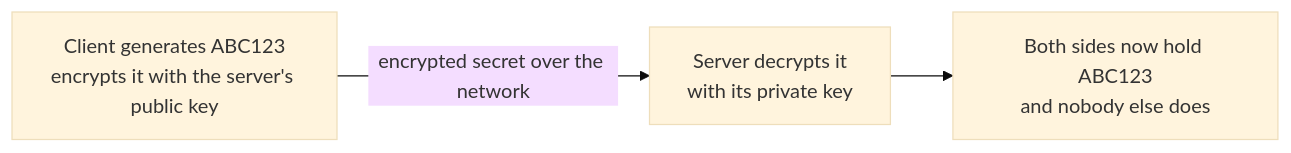
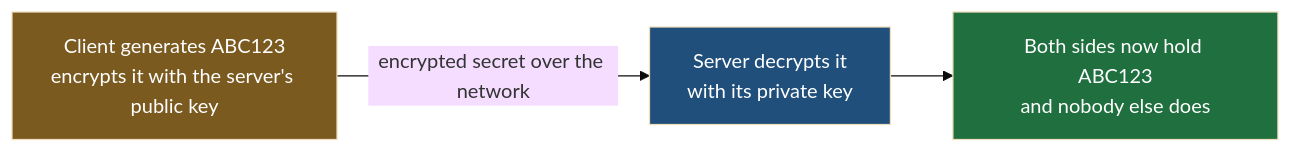
The second of 3 diagrams in Devops/04-Networking/11-The-TLS-Handshake.md (Dummy-Bug/system-design-handbook), drawn with Mermaid (base theme) before and after one commit. The commit also changed other lines of this file and 53 other files, not shown here.

````diff
--- a/Devops/04-Networking/11-The-TLS-Handshake.md
+++ b/Devops/04-Networking/11-The-TLS-Handshake.md
@@ -94,5 +96,8 @@
 ```mermaid
 flowchart LR
     C["Client generates ABC123<br/>encrypts it with the server's public key"] -->|"encrypted secret over the network"| S["Server decrypts it<br/>with its private key"]
     S --> BOTH["Both sides now hold ABC123<br/>and nobody else does"]
+    style C fill:#7a5a1f,color:#fff
+    style S fill:#1f4f7a,color:#fff
+    style BOTH fill:#1f6f3f,color:#fff
 ```
````
